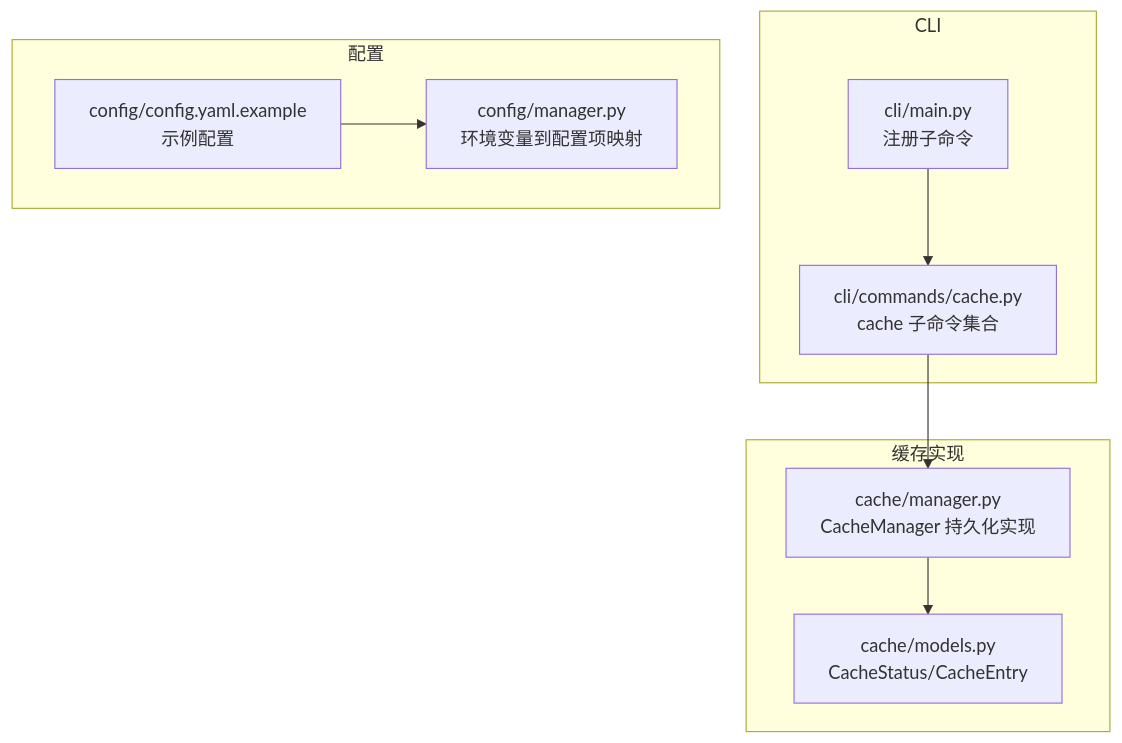
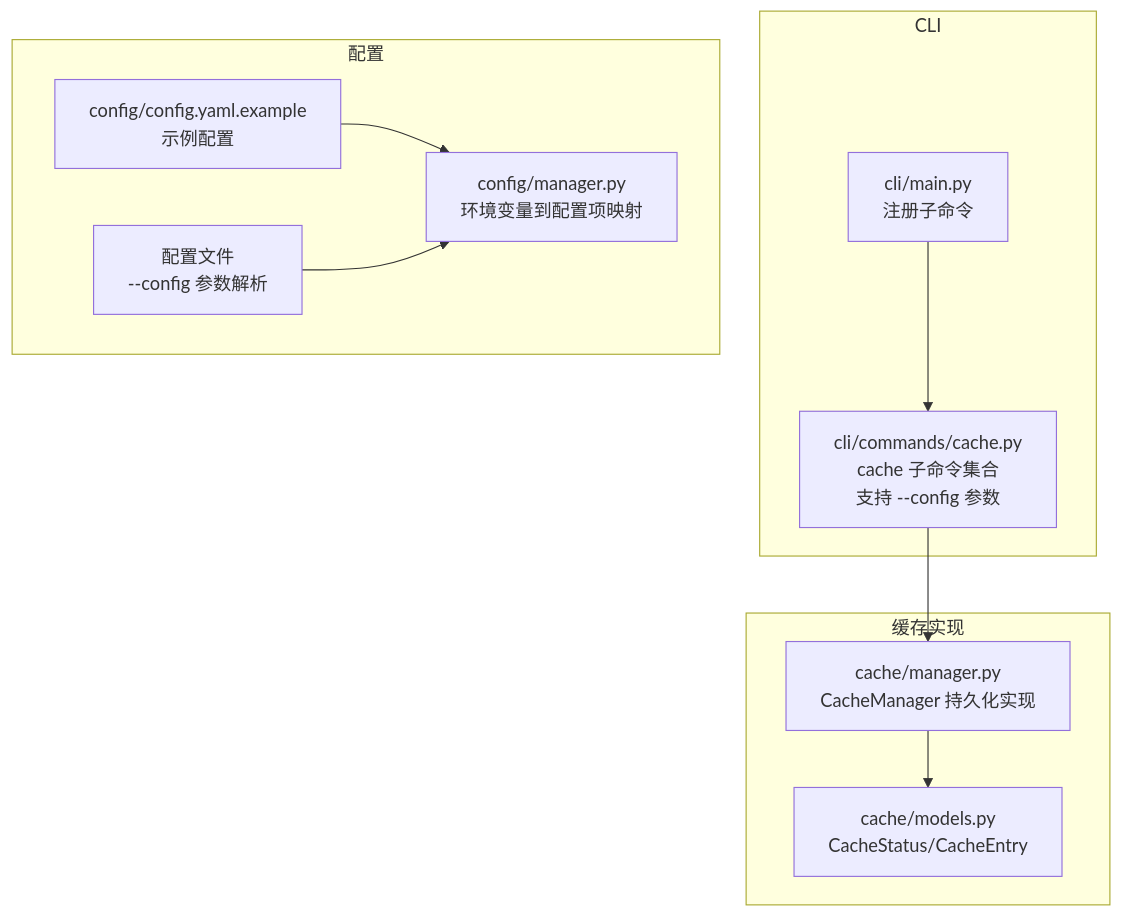
One commit to boyingliu01/fault-review-analyzer changed the first of 4 diagrams in .qoder/repowiki/zh/content/命令行工具/缓存管理命令.md. Above: the diagram before and after it, drawn with Mermaid. The commit also changed other lines of this file and 30 other files, not shown here.

````diff
--- a/.qoder/repowiki/zh/content/命令行工具/缓存管理命令.md
+++ b/.qoder/repowiki/zh/content/命令行工具/缓存管理命令.md
@@ -37,17 +46,19 @@
 ```mermaid
 graph TB
 subgraph "CLI"
-A["cli/main.py<br/>注册子命令"] --> B["cli/commands/cache.py<br/>cache 子命令集合"]
+A["cli/main.py<br/>注册子命令"] --> B["cli/commands/cache.py<br/>cache 子命令集合<br/>支持 --config 参数"]
 end
 subgraph "缓存实现"
 C["cache/manager.py<br/>CacheManager 持久化实现"]
 D["cache/models.py<br/>CacheStatus/CacheEntry"]
 end
 subgraph "配置"
 E["config/config.yaml.example<br/>示例配置"]
 F["config/manager.py<br/>环境变量到配置项映射"]
+G["配置文件<br/>--config 参数解析"]
 end
 B --> C
 C --> D
 E --> F
+G --> F
 ```
````
